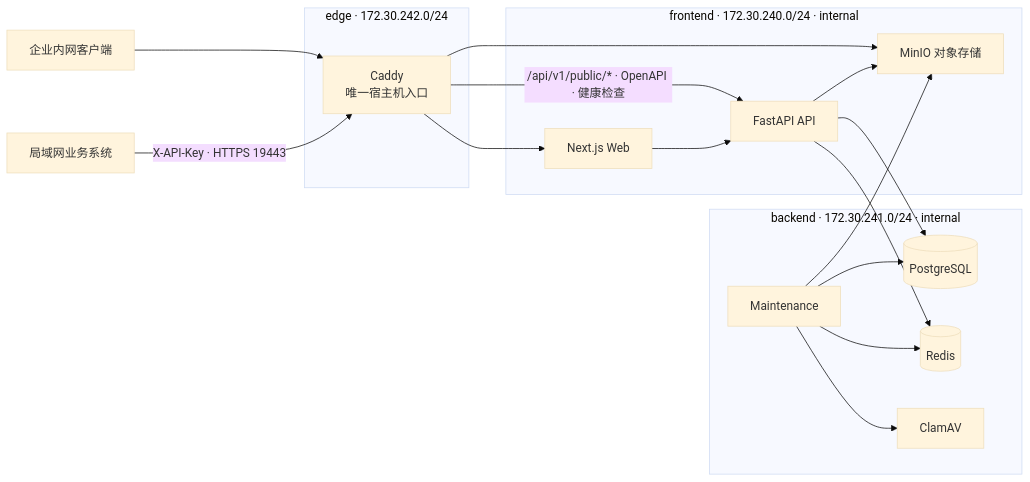
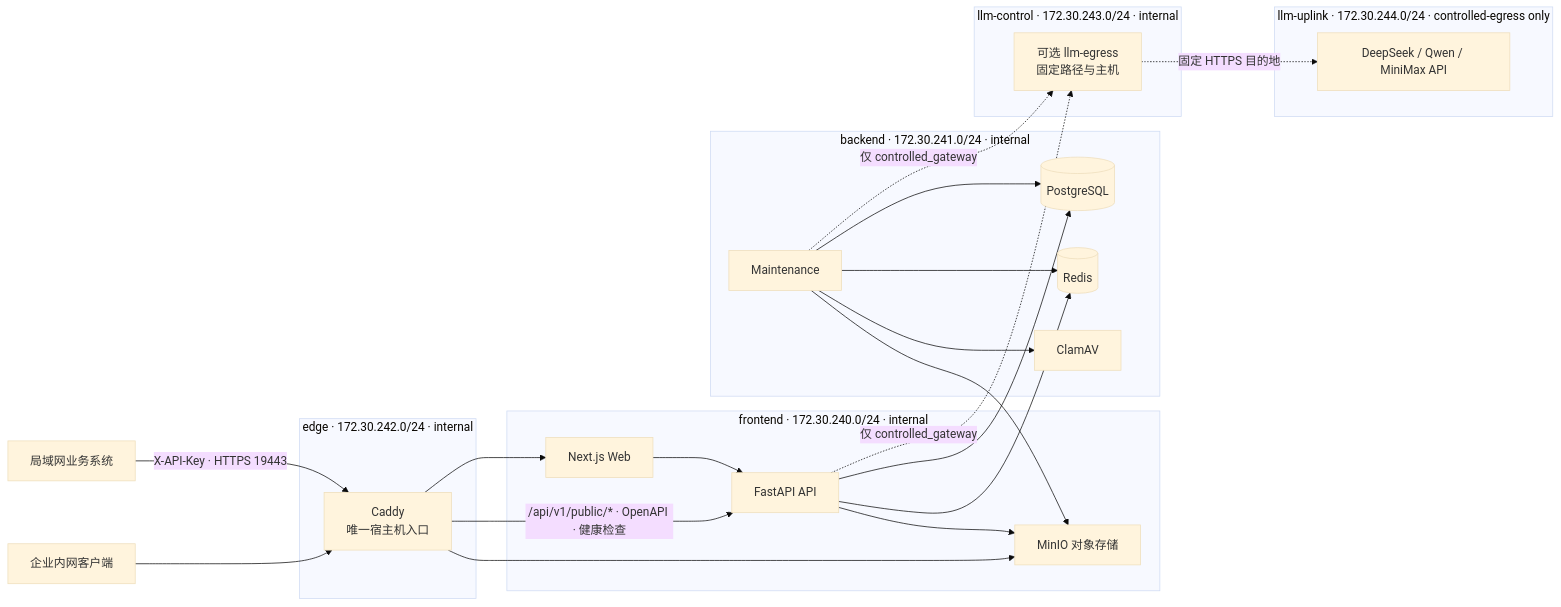
The third of 3 diagrams in README.md (SuperGokou/knowledgebases), drawn with Mermaid (base theme) before and after one commit. The commit also changed other lines of this file and 284 other files, not shown here.

````diff
--- a/README.md
+++ b/README.md
@@ -447,34 +487,45 @@
 ```mermaid
 flowchart LR
     Client["企业内网客户端"] --> Caddy["Caddy\n唯一宿主机入口"]
     ApiClient["局域网业务系统"] -->|"X-API-Key · HTTPS 19443"| Caddy
 
-    subgraph Edge["edge · 172.30.242.0/24"]
+    subgraph Edge["edge · 172.30.242.0/24 · internal"]
         Caddy
     end
 
     subgraph Frontend["frontend · 172.30.240.0/24 · internal"]
         Web["Next.js Web"]
         API["FastAPI API"]
         MinIO["MinIO 对象存储"]
     end
 
     subgraph Backend["backend · 172.30.241.0/24 · internal"]
         PostgreSQL[("PostgreSQL")]
         Redis[("Redis")]
         ClamAV["ClamAV"]
         Maintenance["Maintenance"]
     end
 
+    subgraph LLMControl["llm-control · 172.30.243.0/24 · internal"]
+        Gateway["可选 llm-egress\n固定路径与主机"]
+    end
+
+    subgraph Uplink["llm-uplink · 172.30.244.0/24 · controlled-egress only"]
+        Providers["DeepSeek / Qwen / MiniMax API"]
+    end
+
     Caddy --> Web
     Caddy -->|"/api/v1/public/* · OpenAPI · 健康检查"| API
     Caddy --> MinIO
     Web --> API
     API --> PostgreSQL
     API --> Redis
     API --> MinIO
+    API -. "仅 controlled_gateway" .-> Gateway
     Maintenance --> PostgreSQL
     Maintenance --> Redis
     Maintenance --> MinIO
     Maintenance --> ClamAV
+    Maintenance -. "仅 controlled_gateway" .-> Gateway
+    Gateway -. "固定 HTTPS 目的地" .-> Providers
 ```
````
